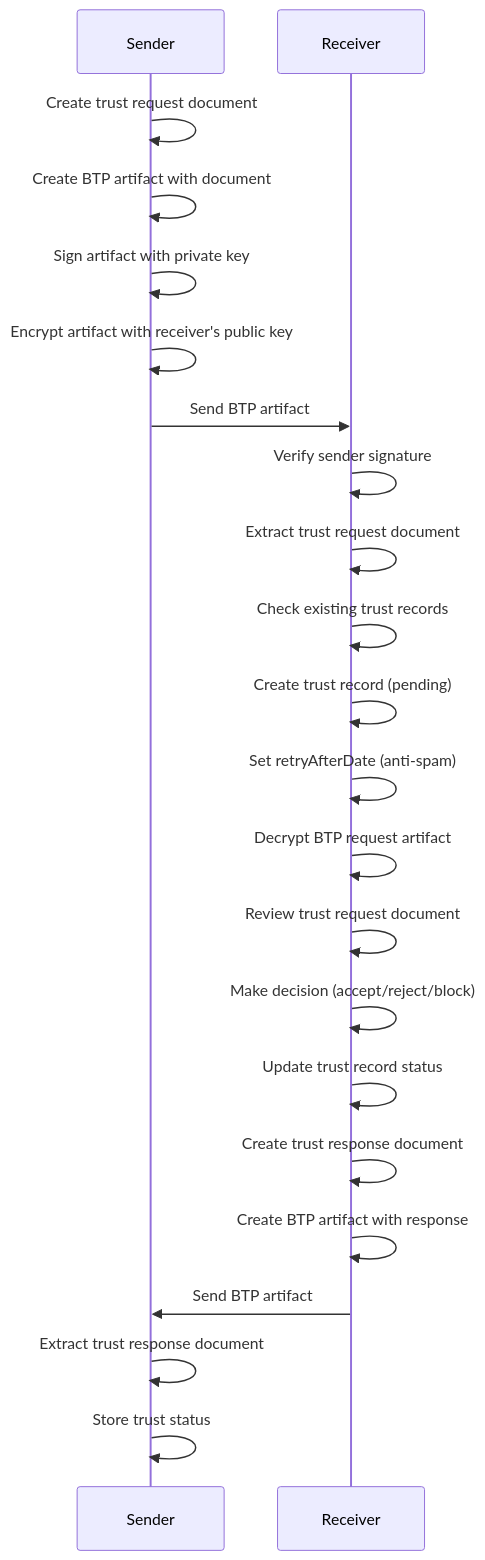
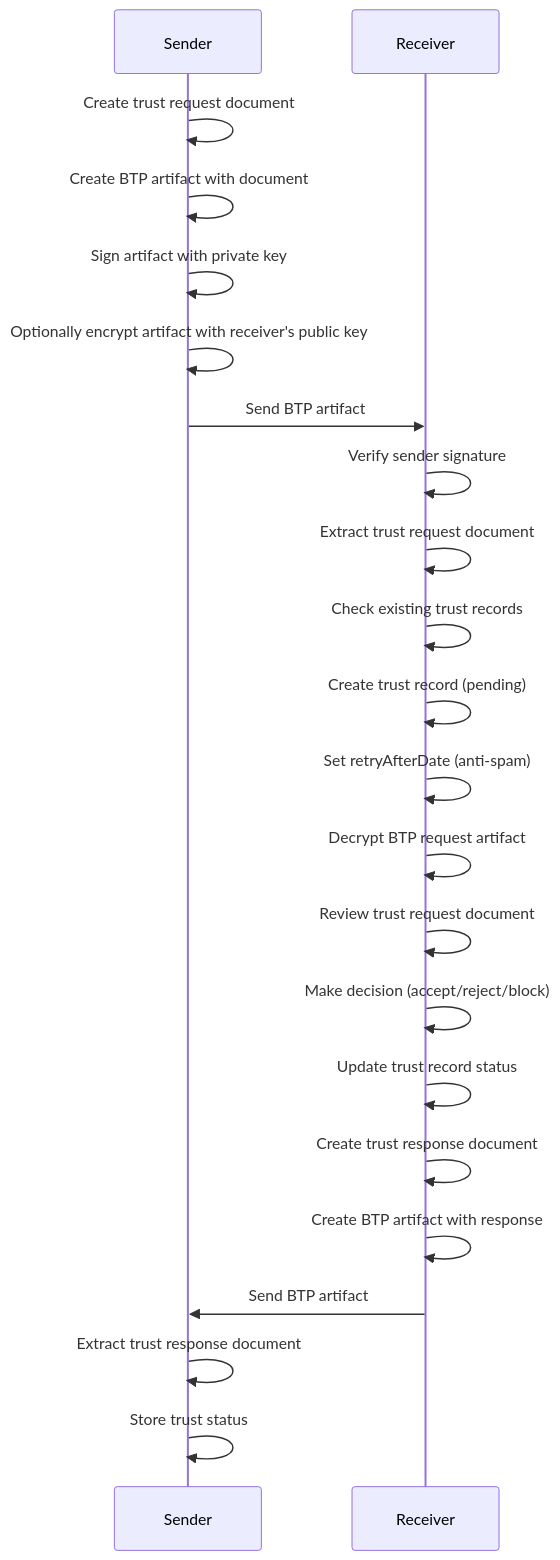
Before and after one commit to openbtps/btps-node: the third of 7 diagrams in docs/docusaurus/docs/protocol/messageFlow.md, drawn with Mermaid. The commit also changed other lines of this file and 28 other files, not shown here.

````diff
--- a/docs/docusaurus/docs/protocol/messageFlow.md
+++ b/docs/docusaurus/docs/protocol/messageFlow.md
@@ -140,28 +143,28 @@
 ```mermaid
 sequenceDiagram
     participant S as Sender
     participant R as Receiver
     
     S->>S: Create trust request document
     S->>S: Create BTP artifact with document
     S->>S: Sign artifact with private key
-    S->>S: Encrypt artifact with receiver's public key
+    S->>S: Optionally encrypt artifact with receiver's public key
     S->>R: Send BTP artifact
     
     R->>R: Verify sender signature
     R->>R: Extract trust request document
     R->>R: Check existing trust records
     R->>R: Create trust record (pending)
     R->>R: Set retryAfterDate (anti-spam)
     
     R->>R: Decrypt BTP request artifact
     R->>R: Review trust request document
     R->>R: Make decision (accept/reject/block)
     R->>R: Update trust record status
     
     R->>R: Create trust response document
     R->>R: Create BTP artifact with response
     R->>S: Send BTP artifact
     S->>S: Extract trust response document
     S->>S: Store trust status
 ```
````
